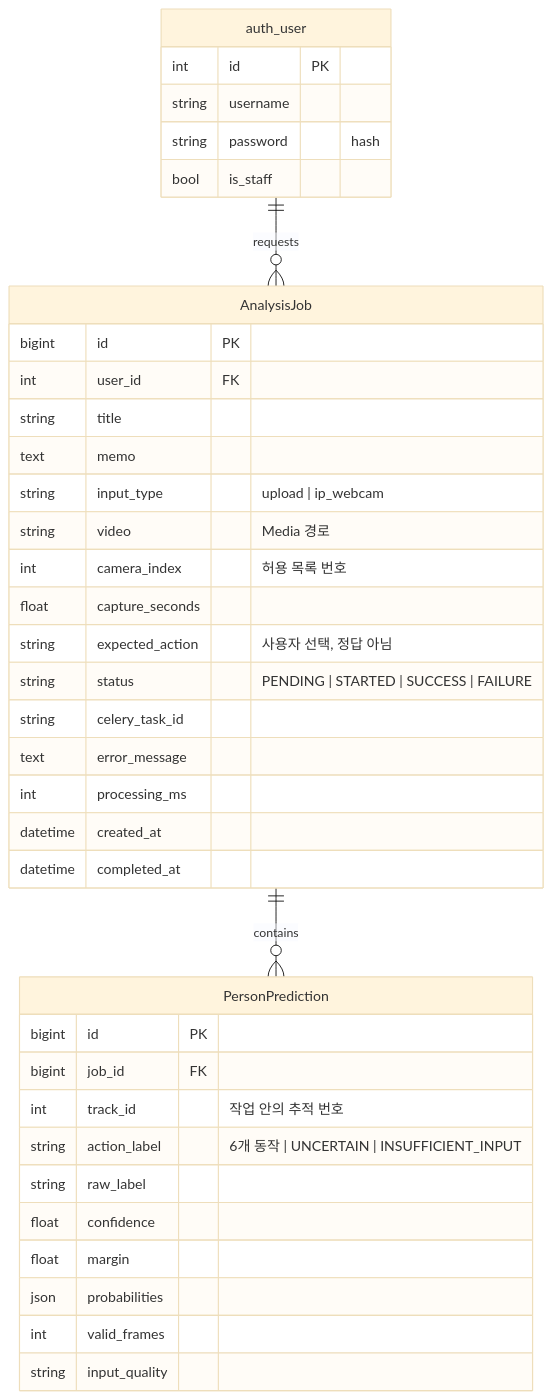
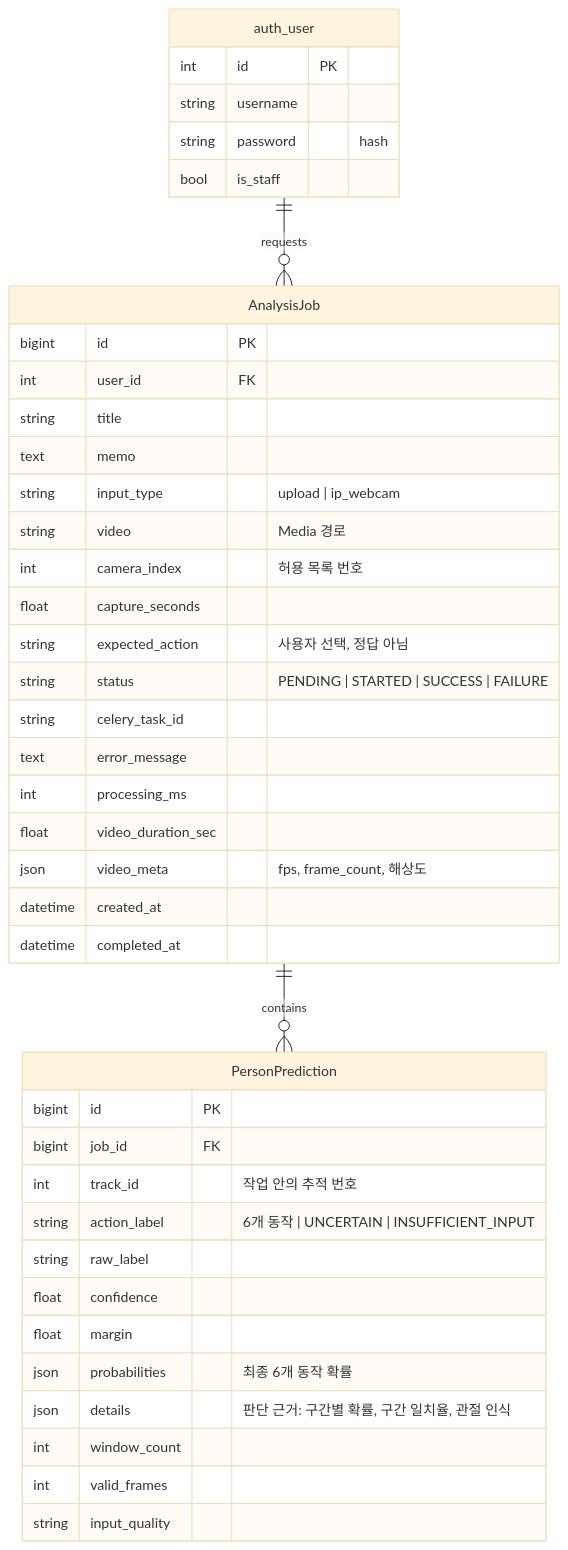
Before and after one commit to simpson92/vision_action_platform: the second of 3 diagrams in README.md, drawn with Mermaid (base theme). The commit also changed other lines of this file and 14 other files, not shown here.

First line of the commit message:
README 최신화: 시연 PC 캡처로 교체, 영상별 판단 근거·ERD·API 설명 추가

````diff
--- a/README.md
+++ b/README.md
@@ -106,40 +107,44 @@
 ```mermaid
 erDiagram
     auth_user ||--o{ AnalysisJob : "requests"
     AnalysisJob ||--o{ PersonPrediction : "contains"
     auth_user {
         int id PK
         string username
         string password "hash"
         bool is_staff
     }
     AnalysisJob {
         bigint id PK
         int user_id FK
         string title
         text memo
         string input_type "upload | ip_webcam"
         string video "Media 경로"
         int camera_index "허용 목록 번호"
         float capture_seconds
         string expected_action "사용자 선택, 정답 아님"
         string status "PENDING | STARTED | SUCCESS | FAILURE"
         string celery_task_id
         text error_message
         int processing_ms
+        float video_duration_sec
+        json video_meta "fps, frame_count, 해상도"
         datetime created_at
         datetime completed_at
     }
     PersonPrediction {
         bigint id PK
         bigint job_id FK
         int track_id "작업 안의 추적 번호"
         string action_label "6개 동작 | UNCERTAIN | INSUFFICIENT_INPUT"
         string raw_label
         float confidence
         float margin
-        json probabilities
+        json probabilities "최종 6개 동작 확률"
+        json details "판단 근거: 구간별 확률, 구간 일치율, 관절 인식"
+        int window_count
         int valid_frames
         string input_quality
     }
 ```
````
